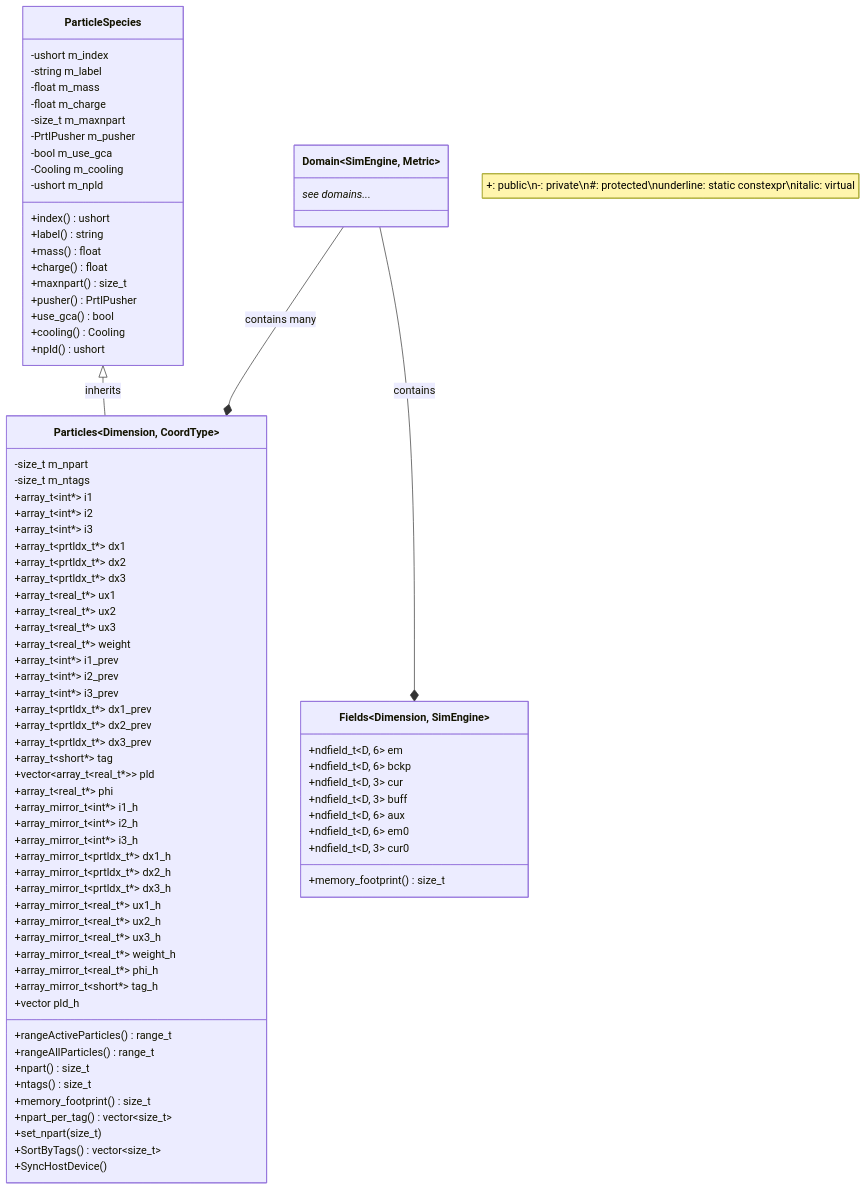
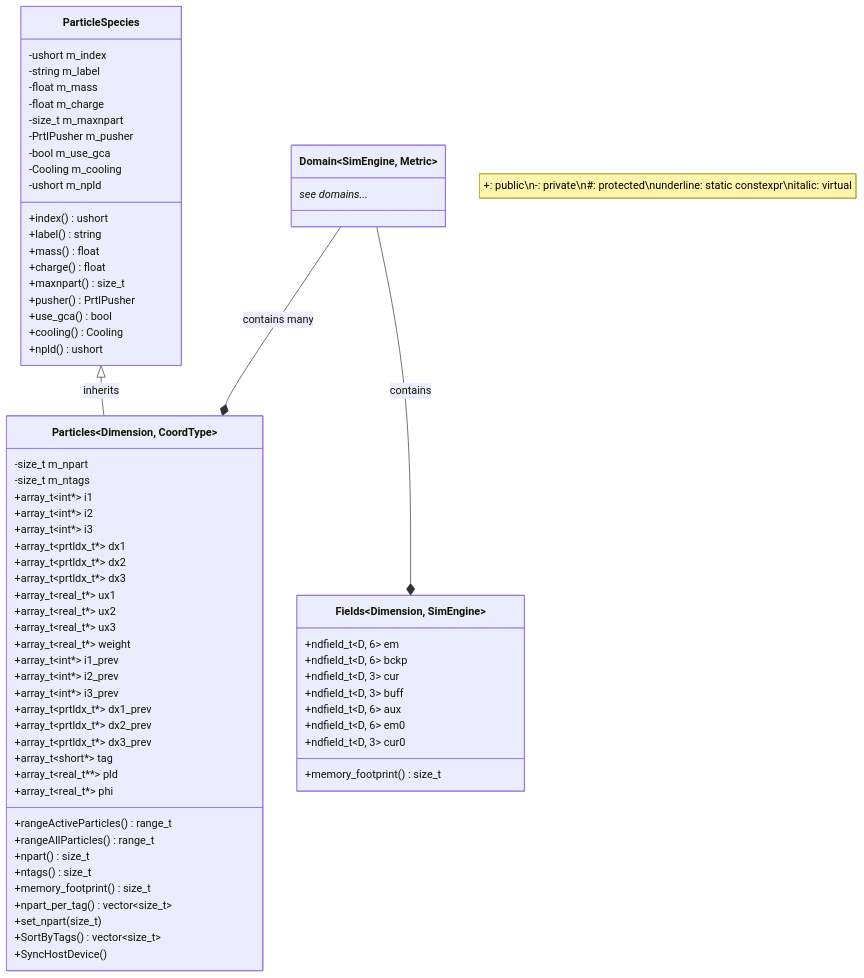
One commit to entity-toolkit/wiki changed the diagram in docs/content/code/fields_particles.md. Above: the diagram before and after it, drawn with Mermaid. The commit also changed other lines of this file and 9 other files, not shown here.

```diff
--- a/docs/content/code/fields_particles.md
+++ b/docs/content/code/fields_particles.md
@@ -128,21 +128,8 @@
     +array_t~prtldx_t*~ dx2_prev
     +array_t~prtldx_t*~ dx3_prev
     +array_t~short*~ tag
-    +vector~array_t~real_t*~~ pld
+    +array_t~real_t**~ pld
     +array_t~real_t*~ phi
-    +array_mirror_t~int*~ i1_h
-    +array_mirror_t~int*~ i2_h
-    +array_mirror_t~int*~ i3_h
-    +array_mirror_t~prtldx_t*~ dx1_h
-    +array_mirror_t~prtldx_t*~ dx2_h
-    +array_mirror_t~prtldx_t*~ dx3_h
-    +array_mirror_t~real_t*~ ux1_h
-    +array_mirror_t~real_t*~ ux2_h
-    +array_mirror_t~real_t*~ ux3_h
-    +array_mirror_t~real_t*~ weight_h
-    +array_mirror_t~real_t*~ phi_h
-    +array_mirror_t~short*~ tag_h
-    +vector<array_mirror_t~real_t*~> pld_h
     +rangeActiveParticles() range_t
     +rangeAllParticles() range_t
     +npart() size_t
```
